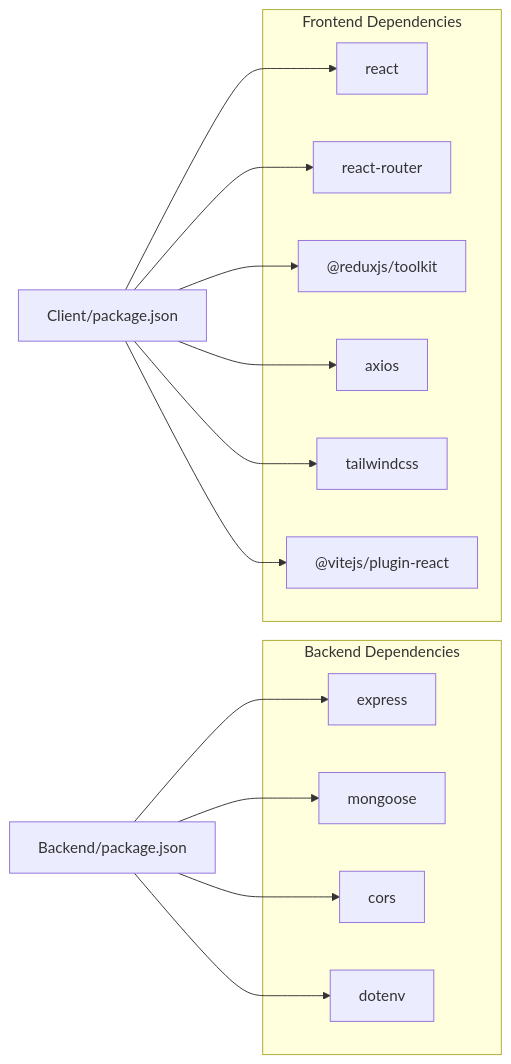
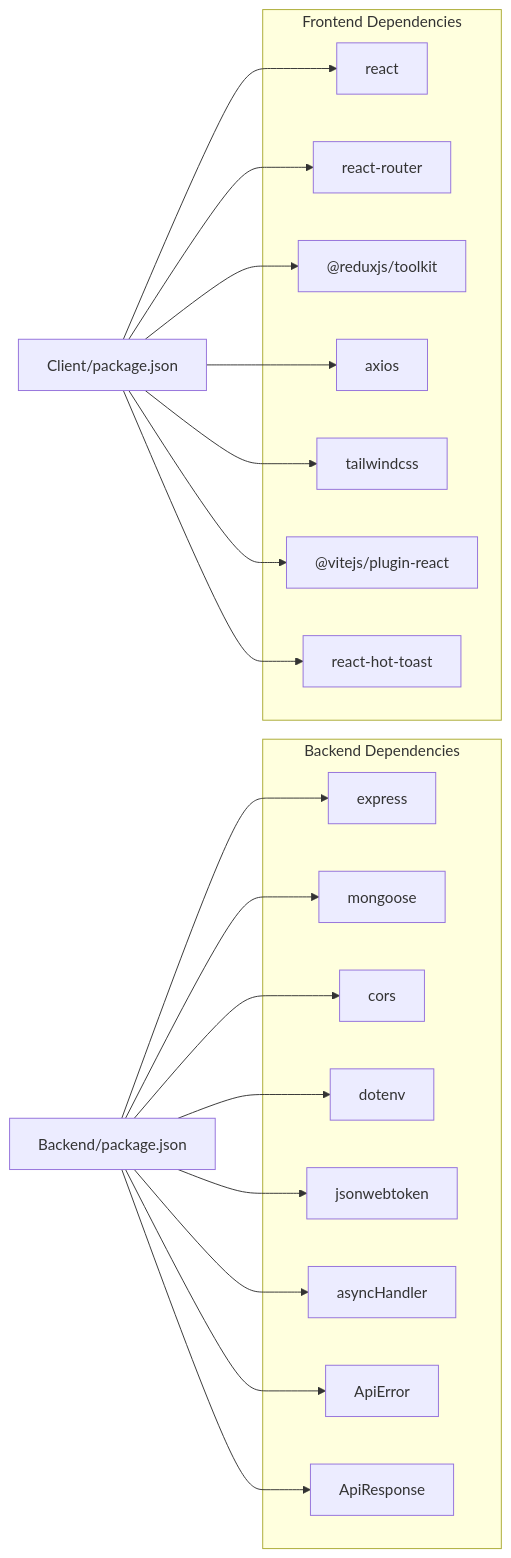
Before and after one commit to Aryan9060/Timetable-Project: diagram 11 of 11 in .qoder/repowiki/en/content/Development Workflow.md, drawn with Mermaid. The commit also changed other lines of this file and 7 other files, not shown here.

````diff
--- a/.qoder/repowiki/en/content/Development Workflow.md
+++ b/.qoder/repowiki/en/content/Development Workflow.md
@@ -348,27 +444,37 @@
 ```mermaid
 graph LR
 subgraph "Backend Dependencies"
 E["express"]
 M["mongoose"]
 C["cors"]
 D["dotenv"]
+JWT["jsonwebtoken"]
+AW["asyncHandler"]
+AE["ApiError"]
+AR["ApiResponse"]
 end
 subgraph "Frontend Dependencies"
 R["react"]
 RR["react-router"]
 RTK["@reduxjs/toolkit"]
 AX["axios"]
 TW["tailwindcss"]
 VR["@vitejs/plugin-react"]
+TH["react-hot-toast"]
 end
 FE_PKG["Client/package.json"] --> R
 FE_PKG --> RR
 FE_PKG --> RTK
 FE_PKG --> AX
 FE_PKG --> TW
 FE_PKG --> VR
+FE_PKG --> TH
 BE_PKG["Backend/package.json"] --> E
 BE_PKG --> M
 BE_PKG --> C
 BE_PKG --> D
+BE_PKG --> JWT
+BE_PKG --> AW
+BE_PKG --> AE
+BE_PKG --> AR
 ```
````
